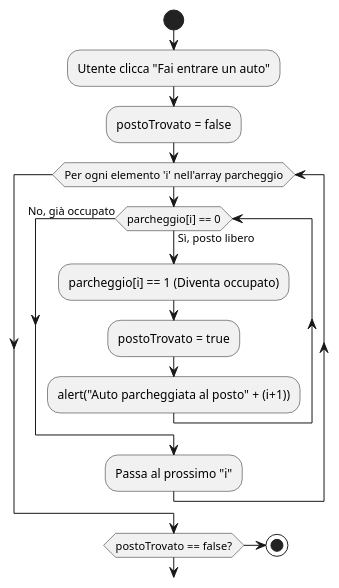
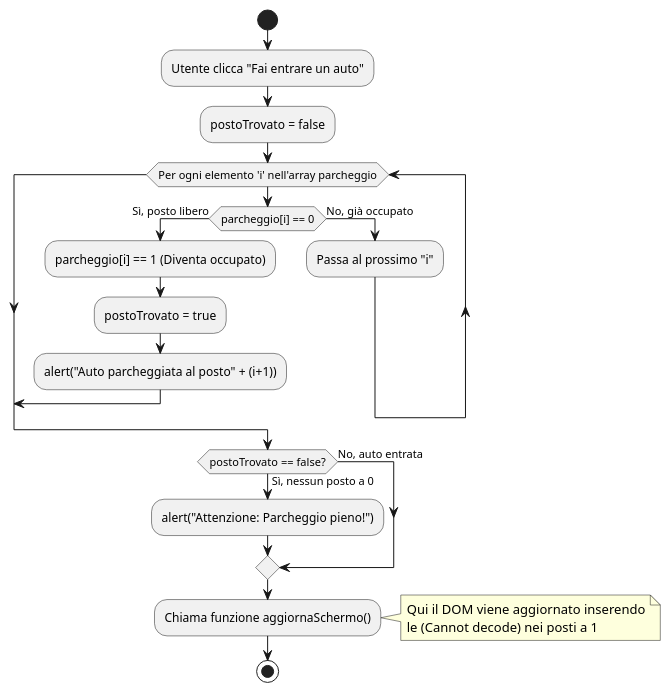
The diagram in TPSI/UML/es_parcheggio/diagrammaDellaAttivita.puml (cristiandamico08-jpg/repository_generale), drawn with PlantUML before and after one commit. The commit also changed 1 other file, not shown here.

```diff
--- a/TPSI/UML/es_parcheggio/diagrammaDellaAttivita.puml
+++ b/TPSI/UML/es_parcheggio/diagrammaDellaAttivita.puml
@@ -1,21 +1,29 @@
 @startuml diagrammaDelleAttivita.puml
 
 start
 
 :Utente clicca "Fai entrare un auto";
 :postoTrovato = false;
 
 while (Per ogni elemento 'i' nell'array parcheggio)
-    while (parcheggio[i] == 0) is (Sì, posto libero)
+    if (parcheggio[i] == 0) then (Sì, posto libero)
         :parcheggio[i] == 1 (Diventa occupato);
         :postoTrovato = true;
         :alert("Auto parcheggiata al posto" + (i+1));
-    endwhile (No, già occupato)
+        break;
+    else (No, già occupato)
         :Passa al prossimo "i";
+    endif
 endwhile
-if (postoTrovato == false?)
 
+if (postoTrovato == false?) then (Sì, nessun posto a 0)
+    :alert("Attenzione: Parcheggio pieno!");
+else (No, auto entrata)
+endif
+
+:Chiama funzione aggiornaSchermo();
+note right : Qui il DOM viene aggiornato inserendo\nle (Cannot decode) nei posti a 1
 
 stop
 
 @enduml
```
